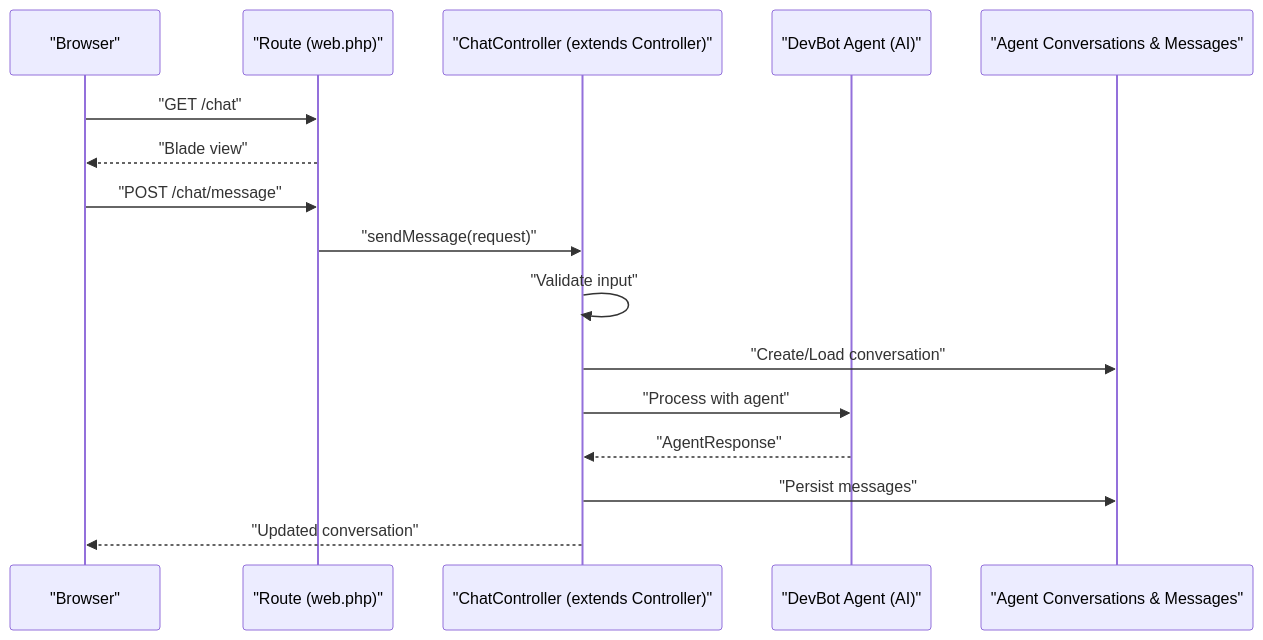
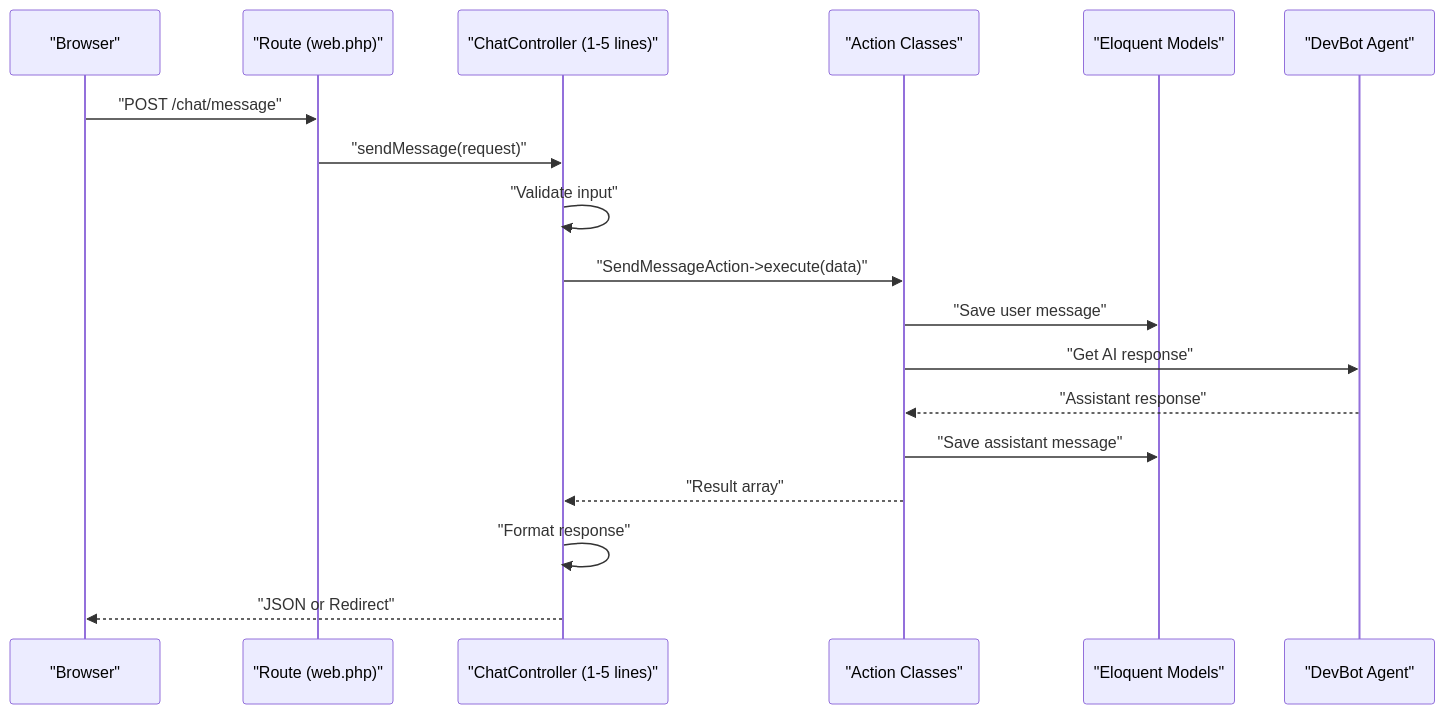
The second of 3 diagrams in .qoder/repowiki/en/content/Laravel Application Components/Controllers.md (siimliimand/laravel-assistant), drawn with Mermaid before and after one commit. The commit also changed other lines of this file and 12 other files, not shown here.

First line of the commit message:
docs(ai): add architectural and actions layer specifications

````diff
--- a/.qoder/repowiki/en/content/Laravel Application Components/Controllers.md
+++ b/.qoder/repowiki/en/content/Laravel Application Components/Controllers.md
@@ -84,18 +112,20 @@
 ```mermaid
 sequenceDiagram
 participant Browser as "Browser"
 participant Router as "Route (web.php)"
-participant Controller as "ChatController (extends Controller)"
-participant Agent as "DevBot Agent (AI)"
-participant DB as "Agent Conversations & Messages"
-Browser->>Router : "GET /chat"
-Router-->>Browser : "Blade view"
+participant Controller as "ChatController (1-5 lines)"
+participant Action as "Action Classes"
+participant Model as "Eloquent Models"
+participant Agent as "DevBot Agent"
 Browser->>Router : "POST /chat/message"
 Router->>Controller : "sendMessage(request)"
 Controller->>Controller : "Validate input"
-Controller->>DB : "Create/Load conversation"
-Controller->>Agent : "Process with agent"
-Agent-->>Controller : "AgentResponse"
-Controller->>DB : "Persist messages"
-Controller-->>Browser : "Updated conversation"
+Controller->>Action : "SendMessageAction->execute(data)"
+Action->>Model : "Save user message"
+Action->>Agent : "Get AI response"
+Agent-->>Action : "Assistant response"
+Action->>Model : "Save assistant message"
+Action-->>Controller : "Result array"
+Controller->>Controller : "Format response"
+Controller-->>Browser : "JSON or Redirect"
 ```
````
